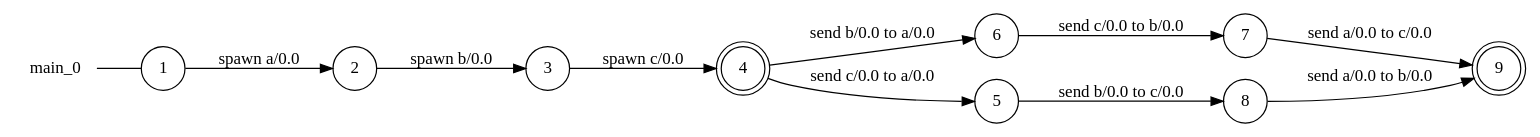
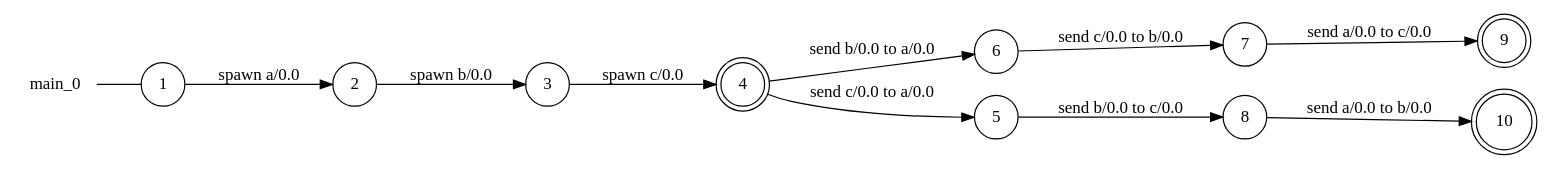
Before and after one commit to gabrielegenovese/chorer: the diagram in examples/if-cases/main_0_local_view.dot, drawn with Graphviz. The commit also changed 37 other files, not shown here.

```diff
--- a/examples/if-cases/main_0_local_view.dot
+++ b/examples/if-cases/main_0_local_view.dot
@@ -1,24 +1,25 @@
 digraph main_0 {
 	rankdir="LR";
 	n_0 [label="main_0", shape="plaintext"];
 	n_1 [id="5", shape=circle, label="6"];
 	n_2 [id="6", shape=circle, label="7"];
 	n_3 [id="10", shape=circle, label="3"];
 	n_4 [id="1", shape=circle, label="1"];
 	n_0 -> n_4 [arrowhead=none];
 	n_5 [id="9", shape=circle, label="5"];
 	n_6 [id="2", shape=doublecircle, label="9"];
-	n_7 [id="4", shape=circle, label="8"];
-	n_8 [id="7", shape=doublecircle, label="4"];
-	n_9 [id="3", shape=circle, label="2"];
+	n_7 [id="8", shape=doublecircle, label="10"];
+	n_8 [id="4", shape=circle, label="8"];
+	n_9 [id="7", shape=doublecircle, label="4"];
+	n_10 [id="3", shape=circle, label="2"];
 
-	n_7 -> n_6 [id="[$e|9]", label="send a/0.0 to b/0.0"];
 	n_1 -> n_2 [id="[$e|8]", label="send c/0.0 to b/0.0"];
-	n_8 -> n_5 [id="[$e|6]", label="send c/0.0 to a/0.0"];
-	n_8 -> n_1 [id="[$e|3]", label="send b/0.0 to a/0.0"];
-	n_3 -> n_8 [id="[$e|2]", label="spawn c/0.0"];
+	n_9 -> n_5 [id="[$e|6]", label="send c/0.0 to a/0.0"];
+	n_9 -> n_1 [id="[$e|3]", label="send b/0.0 to a/0.0"];
+	n_3 -> n_9 [id="[$e|2]", label="spawn c/0.0"];
+	n_8 -> n_7 [id="[$e|5]", label="send a/0.0 to b/0.0"];
 	n_2 -> n_6 [id="[$e|1]", label="send a/0.0 to c/0.0"];
-	n_5 -> n_7 [id="[$e|4]", label="send b/0.0 to c/0.0"];
-	n_9 -> n_3 [id="[$e|7]", label="spawn b/0.0"];
-	n_4 -> n_9 [id="[$e|0]", label="spawn a/0.0"];
+	n_5 -> n_8 [id="[$e|4]", label="send b/0.0 to c/0.0"];
+	n_10 -> n_3 [id="[$e|7]", label="spawn b/0.0"];
+	n_4 -> n_10 [id="[$e|0]", label="spawn a/0.0"];
 }
```
